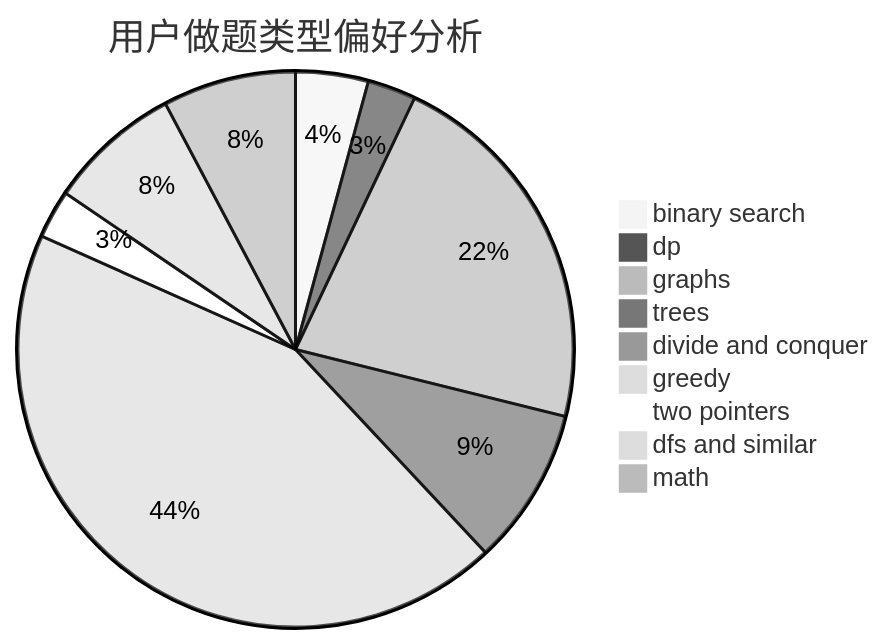
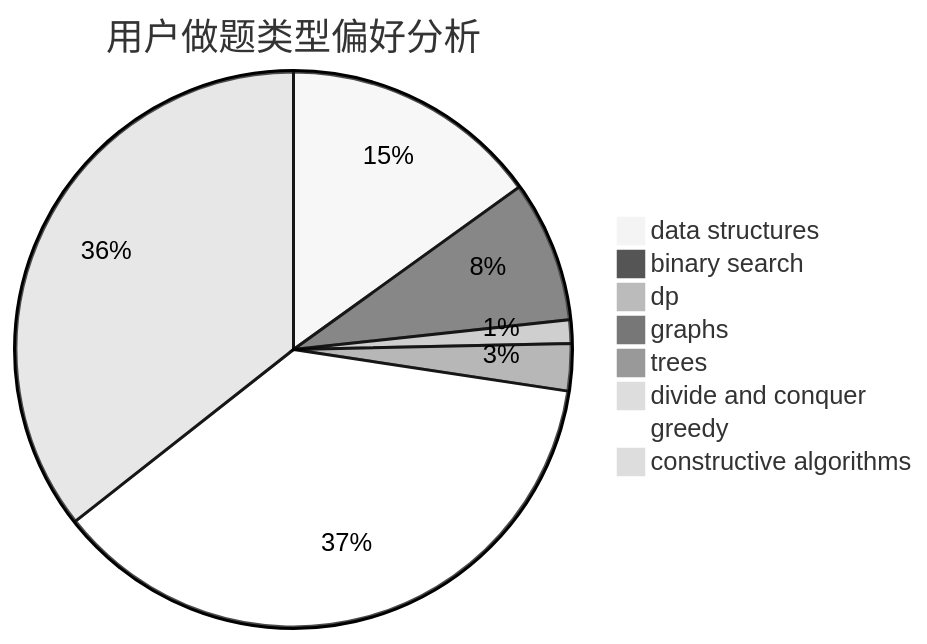
One commit to sherpahu/cfrs.github.io changed the second of 3 diagrams in docs/user/u2287.md. Above: the diagram before and after it, drawn with Mermaid (neutral theme). The commit also changed other lines of this file and 2775 other files, not shown here.

````diff
--- a/docs/user/u2287.md
+++ b/docs/user/u2287.md
@@ -23,12 +23,11 @@
 ```mermaid
 pie title 用户做题类型偏好分析
+    "data structures" :  11
     "binary search" :  6
-    "dp" :  4
-    "graphs" :  31
-    "trees" :  13
+    "dp" :  1
+    "graphs" :  0
+    "trees" :  2
     "divide and conquer" :  0
-    "greedy" :  62
-    "two pointers" :  4
-    "dfs and similar" :  11
-    "math" :  11
+    "greedy" :  27
+    "constructive algorithms" :  26
 ```
````
